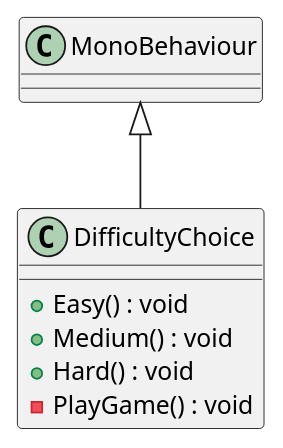
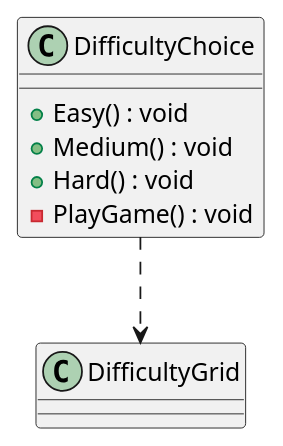
Before and after one commit to Eliaz-LR/3D-Minesweeper: the diagram in uml/Menu/DifficultyChoice.puml, drawn with PlantUML. The commit also changed 31 other files, not shown here.

Commit message:
few changes + UML shit

```diff
--- a/uml/Menu/DifficultyChoice.puml
+++ b/uml/Menu/DifficultyChoice.puml
@@ -1,9 +1,9 @@
 @startuml
 class DifficultyChoice {
     + Easy() : void
     + Medium() : void
     + Hard() : void
     - PlayGame() : void
 }
-MonoBehaviour <|-- DifficultyChoice
+DifficultyChoice ..> DifficultyGrid
 @enduml
```
